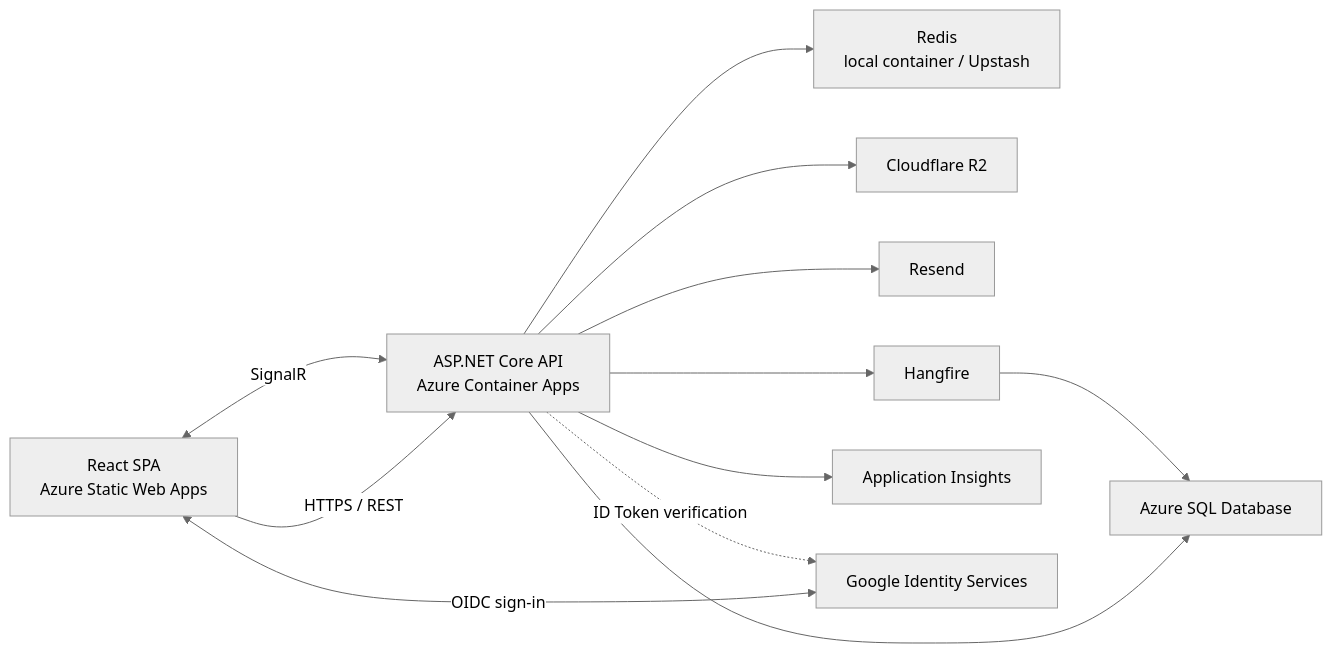
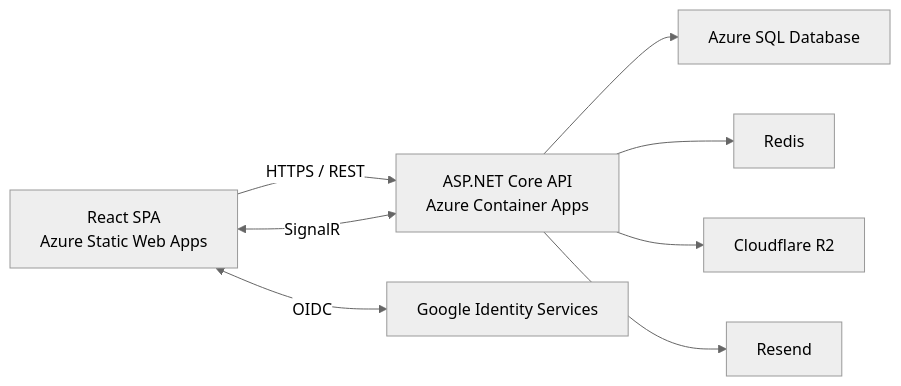
One commit to Robert-J-WANG/UUcars changed the diagram in README.md. Above: the diagram before and after it, drawn with Mermaid (neutral theme). The commit also changed other lines of this file and 14 other files, not shown here.

````diff
--- a/README.md
+++ b/README.md
@@ -62,24 +37,18 @@
 ```mermaid
 flowchart LR
     Browser["React SPA<br/>Azure Static Web Apps"]
     API["ASP.NET Core API<br/>Azure Container Apps"]
     SQL["Azure SQL Database"]
-    Redis["Redis<br/>local container / Upstash"]
+    Redis["Redis"]
     R2["Cloudflare R2"]
     Email["Resend"]
-    Jobs["Hangfire"]
-    Insights["Application Insights"]
     Google["Google Identity Services"]
 
-    Browser -->|"HTTPS / REST"| API
-    Browser <-->|"SignalR"| API
-    Browser <-->|"OIDC sign-in"| Google
-    API -.->|"ID Token verification"| Google
+    Browser -->|HTTPS / REST| API
+    Browser <-->|SignalR| API
+    Browser <-->|OIDC| Google
     API --> SQL
     API --> Redis
     API --> R2
     API --> Email
-    API --> Jobs
-    Jobs --> SQL
-    API --> Insights
 ```
````
